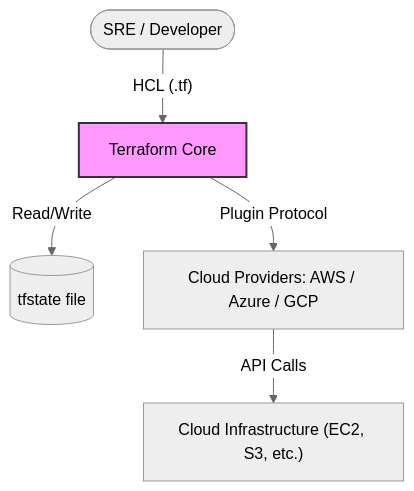
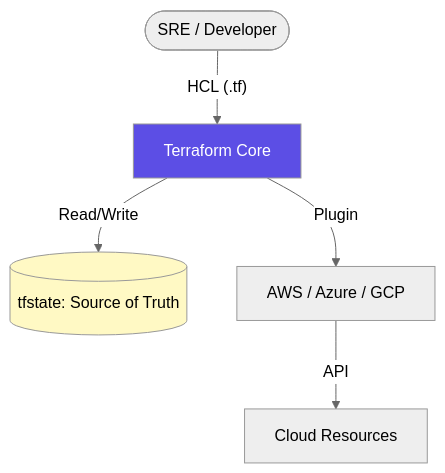
The diagram in 2-Intermediate/02-Phase-2/02-Configuration-Tools/01-Terraform/README.md (Ganil151/Devops), drawn with Mermaid (neutral theme) before and after one commit. The commit also changed other lines of this file and 217 other files, not shown here.

````diff
--- a/2-Intermediate/02-Phase-2/02-Configuration-Tools/01-Terraform/README.md
+++ b/2-Intermediate/02-Phase-2/02-Configuration-Tools/01-Terraform/README.md
@@ -13,9 +20,10 @@
 ```mermaid
 graph TD
     User([SRE / Developer]) -- "HCL (.tf)" --> Core[Terraform Core]
-    Core -- "Read/Write" --> State[(tfstate file)]
-    Core -- "Plugin Protocol" --> Provider[Cloud Providers: AWS / Azure / GCP]
-    Provider -- "API Calls" --> Cloud["Cloud Infrastructure (EC2, S3, etc.)"]
-
-style Core fill:#f9f,stroke:#333,stroke-width:2px
+    Core -- "Read/Write" --> State[(tfstate: Source of Truth)]
+    Core -- "Plugin" --> Provider[AWS / Azure / GCP]
+    Provider -- "API" --> Cloud["Cloud Resources"]
+    
+    style Core fill:#5c4ee5,color:#fff
+    style State fill:#fff9c4
 ```
````
